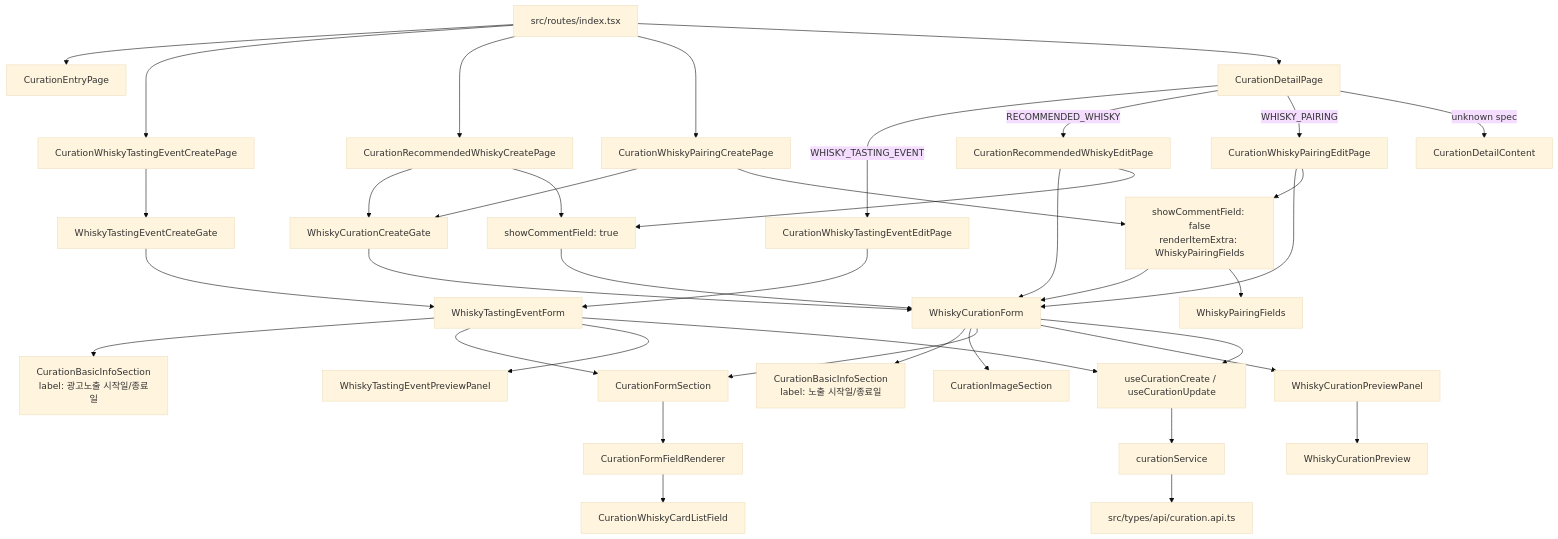
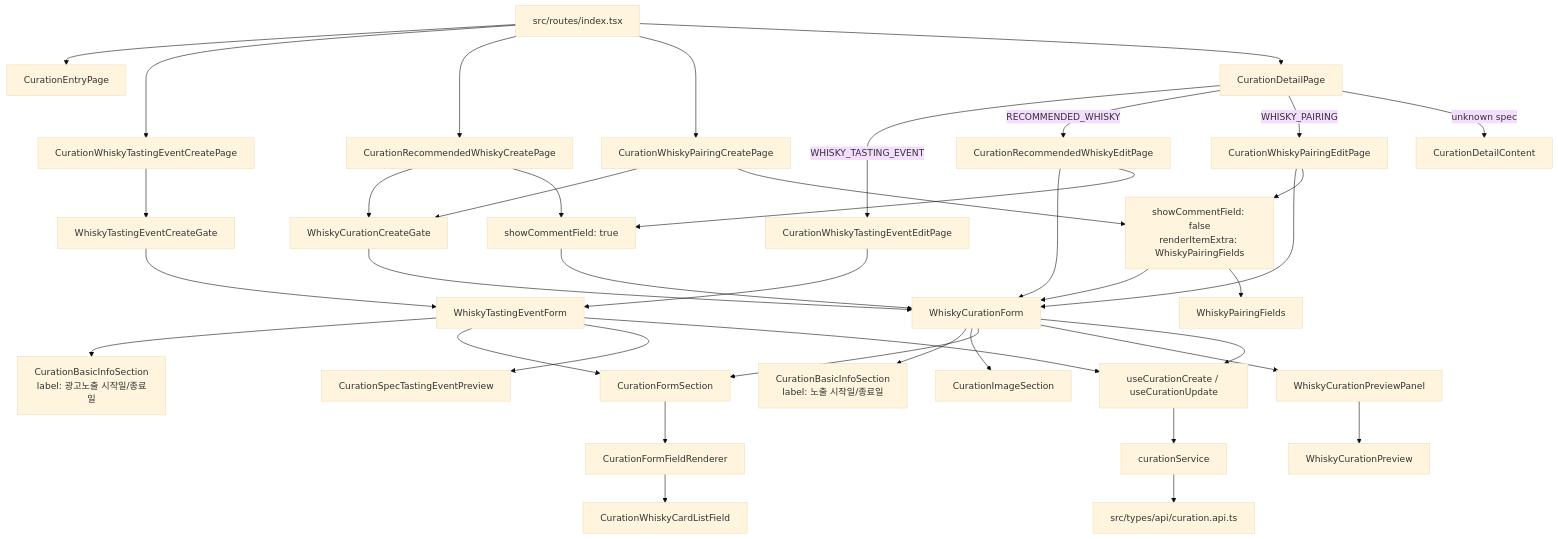
The diagram in docs/features/curation-v2-component-structure/component-structure.md (bottle-note/admin-dashboard), drawn with Mermaid (base theme) before and after one commit. The commit also changed other lines of this file and 27 other files, not shown here.

````diff
--- a/docs/features/curation-v2-component-structure/component-structure.md
+++ b/docs/features/curation-v2-component-structure/component-structure.md
@@ -5,50 +5,50 @@
 ```mermaid
 flowchart TD
   Routes["src/routes/index.tsx"] --> Entry["CurationEntryPage"]
   Routes --> TastingCreate["CurationWhiskyTastingEventCreatePage"]
   Routes --> RecommendedCreate["CurationRecommendedWhiskyCreatePage"]
   Routes --> PairingCreate["CurationWhiskyPairingCreatePage"]
   Routes --> Detail["CurationDetailPage"]
 
   Detail -->|"WHISKY_TASTING_EVENT"| TastingEdit["CurationWhiskyTastingEventEditPage"]
   Detail -->|"RECOMMENDED_WHISKY"| RecommendedEdit["CurationRecommendedWhiskyEditPage"]
   Detail -->|"WHISKY_PAIRING"| PairingEdit["CurationWhiskyPairingEditPage"]
   Detail -->|"unknown spec"| ReadOnlyDetail["CurationDetailContent"]
 
   TastingCreate --> TastingGate["WhiskyTastingEventCreateGate"]
   TastingGate --> TastingForm["WhiskyTastingEventForm"]
   TastingEdit --> TastingForm
 
   RecommendedCreate --> WhiskyGate["WhiskyCurationCreateGate"]
   PairingCreate --> WhiskyGate
   WhiskyGate --> WhiskyForm["WhiskyCurationForm"]
   RecommendedEdit --> WhiskyForm
   PairingEdit --> WhiskyForm
 
   RecommendedCreate --> RecommendedPresentation["showCommentField: true"]
   RecommendedEdit --> RecommendedPresentation
   RecommendedPresentation --> WhiskyForm
 
   PairingCreate --> PairingPresentation["showCommentField: false<br/>renderItemExtra: WhiskyPairingFields"]
   PairingEdit --> PairingPresentation
   PairingPresentation --> WhiskyForm
 
   TastingForm --> BasicInfo["CurationBasicInfoSection<br/>label: 광고노출 시작일/종료일"]
   WhiskyForm --> BasicInfoCuration["CurationBasicInfoSection<br/>label: 노출 시작일/종료일"]
   WhiskyForm --> ImageSection["CurationImageSection"]
 
   TastingForm --> FormSection["CurationFormSection"]
   WhiskyForm --> FormSection
   FormSection --> FieldRenderer["CurationFormFieldRenderer"]
   FieldRenderer --> WhiskyCardList["CurationWhiskyCardListField"]
   PairingPresentation --> PairingFields["WhiskyPairingFields"]
 
-  TastingForm --> TastingPreview["WhiskyTastingEventPreviewPanel"]
+  TastingForm --> TastingPreview["CurationSpecTastingEventPreview"]
   WhiskyForm --> WhiskyPreview["WhiskyCurationPreviewPanel"]
   WhiskyPreview --> AppPreview["WhiskyCurationPreview"]
 
   TastingForm --> Mutations["useCurationCreate / useCurationUpdate"]
   WhiskyForm --> Mutations
   Mutations --> Service["curationService"]
   Service --> ApiTypes["src/types/api/curation.api.ts"]
 ```
````
